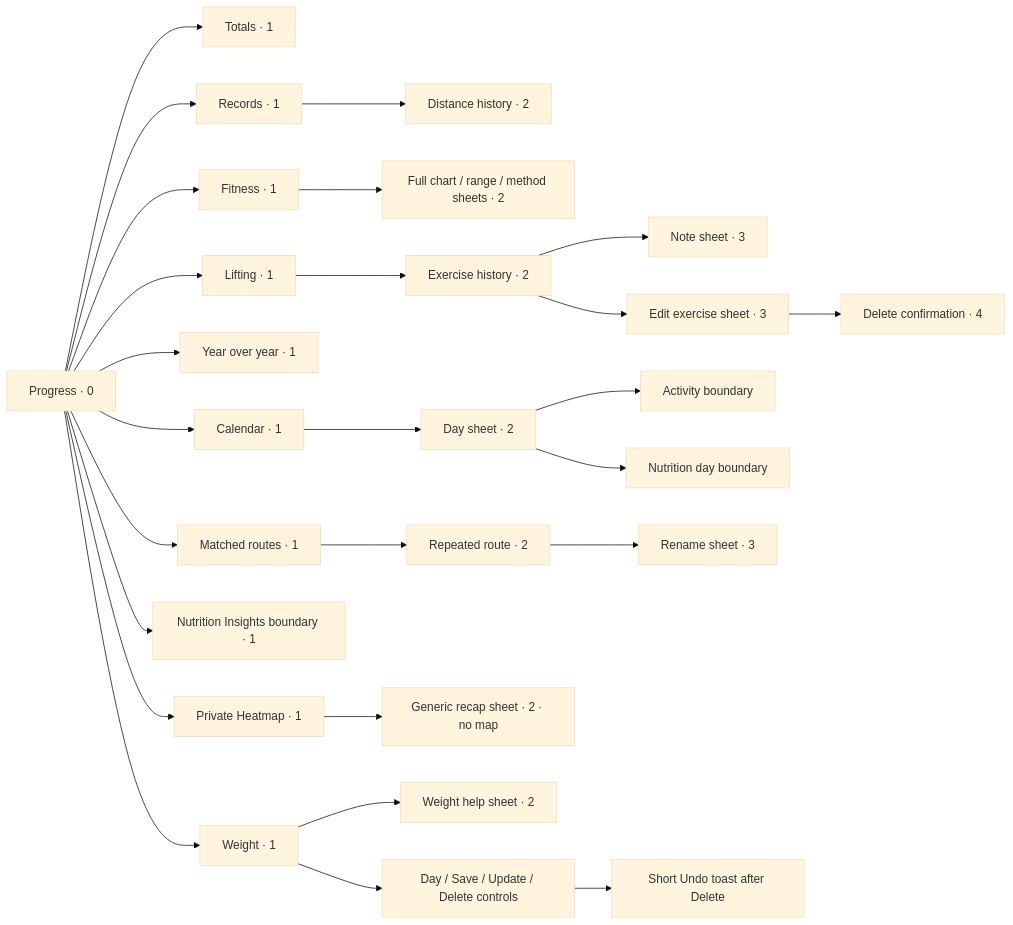
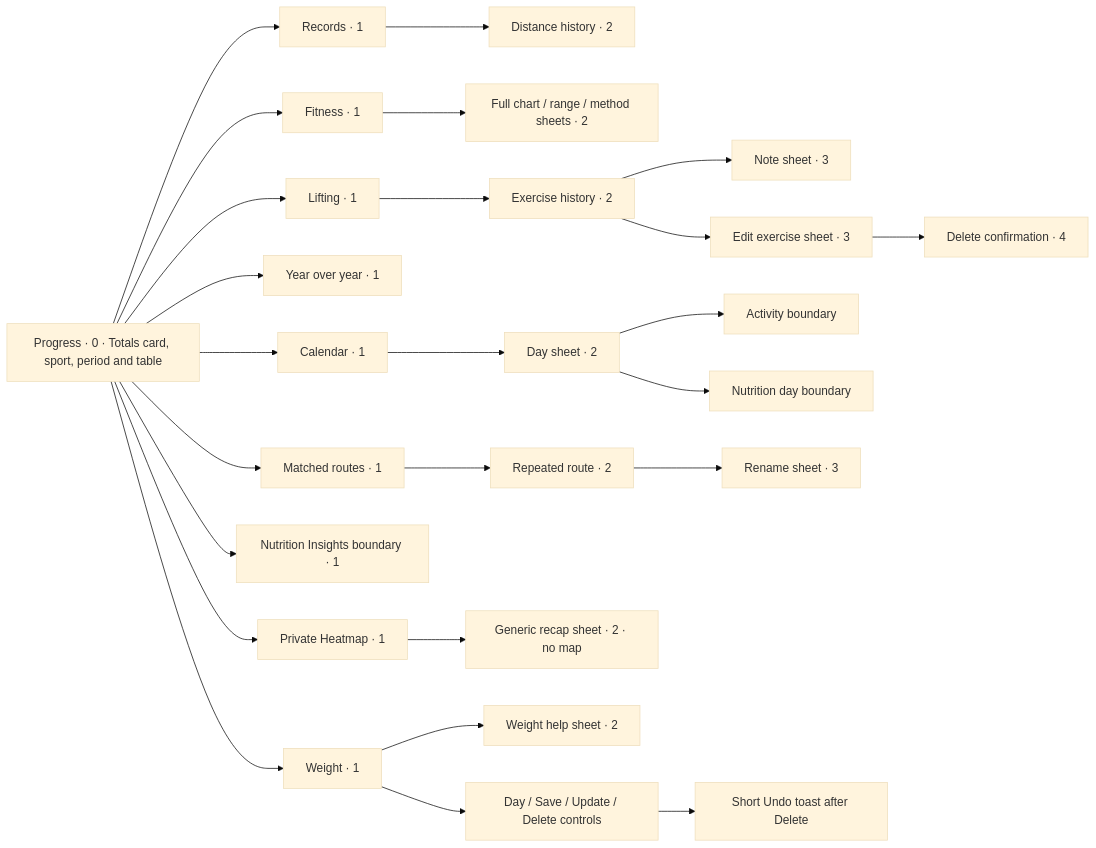
One commit to BenCBanks/kinetta changed the fourth of 14 diagrams in docs/app-map.md. Above: the diagram before and after it, drawn with Mermaid (base theme). The commit also changed other lines of this file and 9 other files, not shown here.

Commit message:
Clarify Progress windows and consolidate totals and history

````diff
--- a/docs/app-map.md
+++ b/docs/app-map.md
@@ -351,28 +351,28 @@
 ```mermaid
 flowchart LR
- P["Progress · 0"] --> T["Totals · 1"]
+ P["Progress · 0 · Totals card, sport, period and table"]
  P --> F["Fitness · 1"]
  P --> R["Records · 1"]
  P --> L["Lifting · 1"]
  P --> Y["Year over year · 1"]
  P --> C["Calendar · 1"]
  P --> W["Weight · 1"]
  P --> I["Nutrition Insights boundary · 1"]
  P --> H["Private Heatmap · 1"]
  P --> Routes["Matched routes · 1"]
  R --> RH["Distance history · 2"]
  F --> Charts["Full chart / range / method sheets · 2"]
  L --> E["Exercise history · 2"]
  E --> Note["Note sheet · 3"]
  E --> Edit["Edit exercise sheet · 3"]
  Edit --> Delete["Delete confirmation · 4"]
  C --> Day["Day sheet · 2"]
  Day --> A["Activity boundary"]
  Day --> Food["Nutrition day boundary"]
  Routes --> Route["Repeated route · 2"]
  Route --> Rename["Rename sheet · 3"]
  H --> Recap["Generic recap sheet · 2 · no map"]
  W --> Help["Weight help sheet · 2"]
  W --> WeightEdit["Day / Save / Update / Delete controls"]
  WeightEdit --> Undo["Short Undo toast after Delete"]
 ```
````
